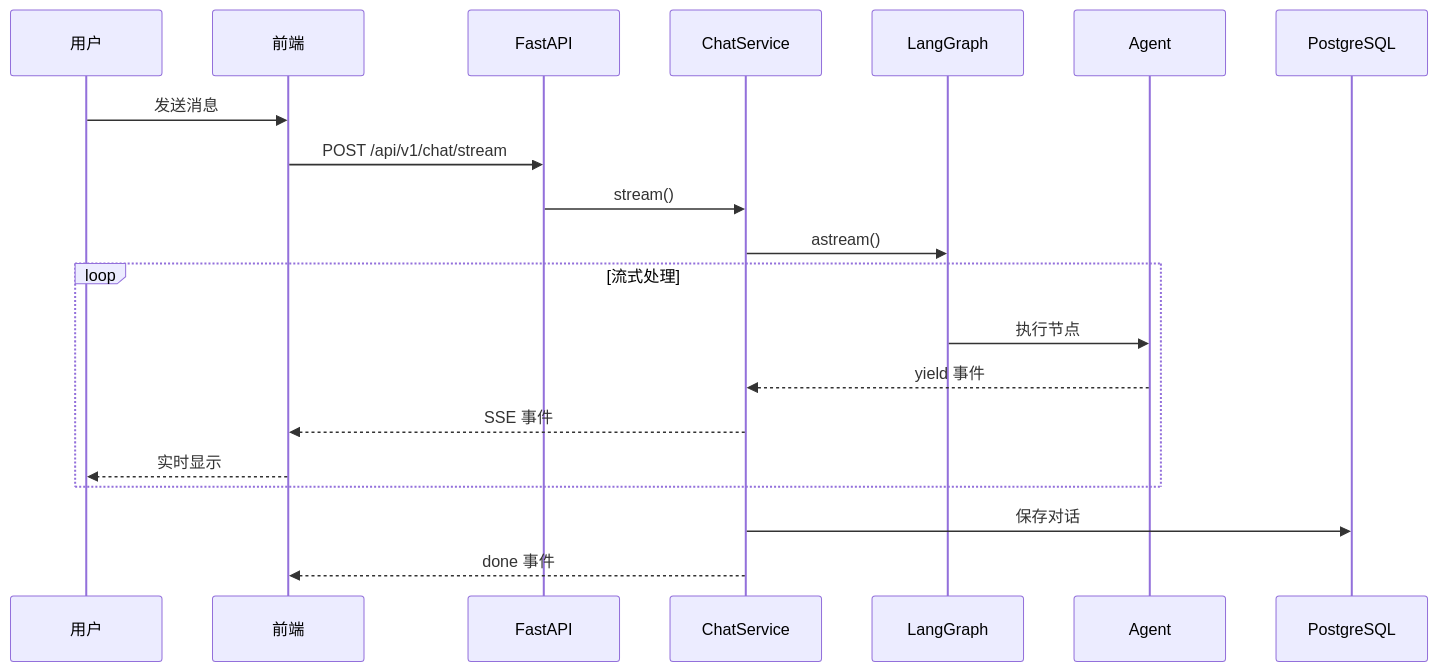
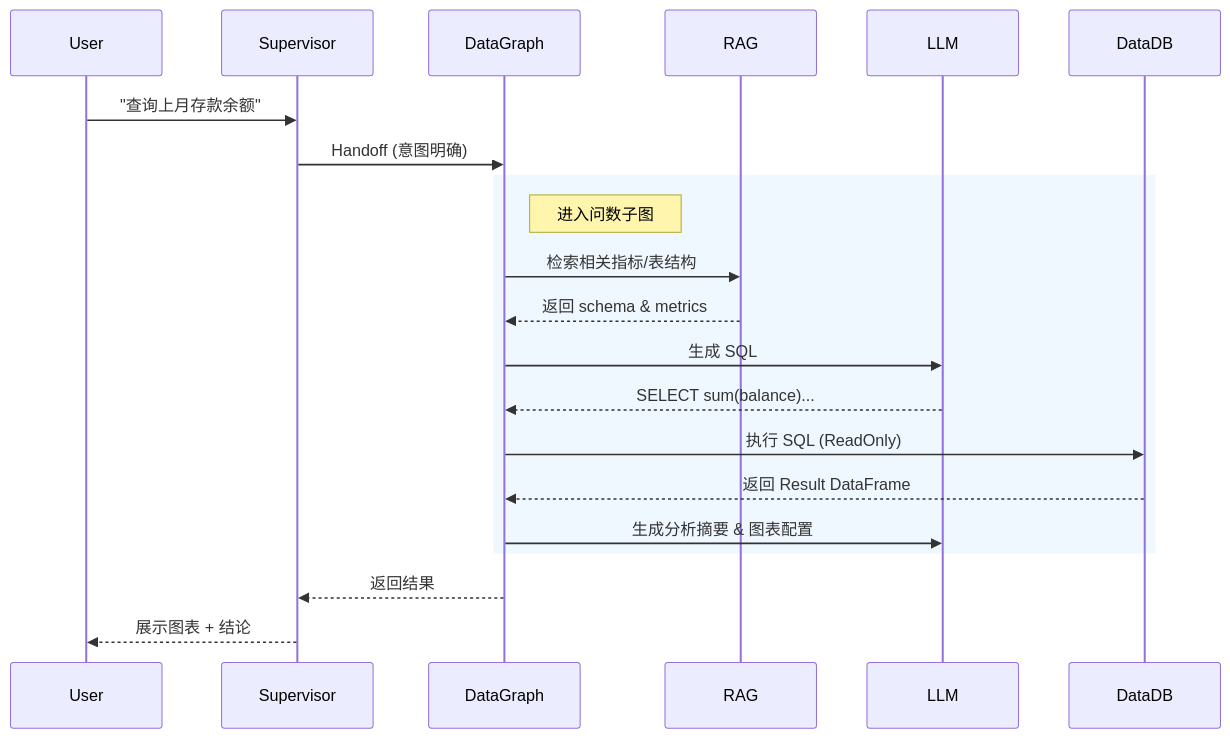
One commit to jijingkun-commits/fastapi changed the second of 2 diagrams in docs/开发文档/架构设计/系统总览.md. Above: the diagram before and after it, drawn with Mermaid. The commit also changed other lines of this file and 60 other files, not shown here.

````diff
--- a/docs/开发文档/架构设计/系统总览.md
+++ b/docs/开发文档/架构设计/系统总览.md
@@ -154,25 +167,26 @@
 ```mermaid
 sequenceDiagram
-    participant User as 用户
-    participant Frontend as 前端
-    participant API as FastAPI
-    participant Service as ChatService
-    participant Graph as LangGraph
-    participant Agent as Agent
-    participant DB as PostgreSQL
+    participant User
+    participant Supervisor
+    participant DataGraph
+    participant RAG
+    participant LLM
+    participant DataDB
 
-    User->>Frontend: 发送消息
-    Frontend->>API: POST /api/v1/chat/stream
-    API->>Service: stream()
-    Service->>Graph: astream()
+    User->>Supervisor: "查询上月存款余额"
+    Supervisor->>DataGraph: Handoff (意图明确)
     
-    loop 流式处理
-        Graph->>Agent: 执行节点
-        Agent-->>Service: yield 事件
-        Service-->>Frontend: SSE 事件
-        Frontend-->>User: 实时显示
+    rect rgb(240, 248, 255)
+        note right of DataGraph: 进入问数子图
+        DataGraph->>RAG: 检索相关指标/表结构
+        RAG-->>DataGraph: 返回 schema & metrics
+        DataGraph->>LLM:生成 SQL
+        LLM-->>DataGraph: SELECT sum(balance)...
+        DataGraph->>DataDB: 执行 SQL (ReadOnly)
+        DataDB-->>DataGraph: 返回 Result DataFrame
+        DataGraph->>LLM: 生成分析摘要 & 图表配置
     end
     
-    Service->>DB: 保存对话
-    Service-->>Frontend: done 事件
+    DataGraph-->>Supervisor: 返回结果
+    Supervisor-->>User: 展示图表 + 结论
 ```
````
